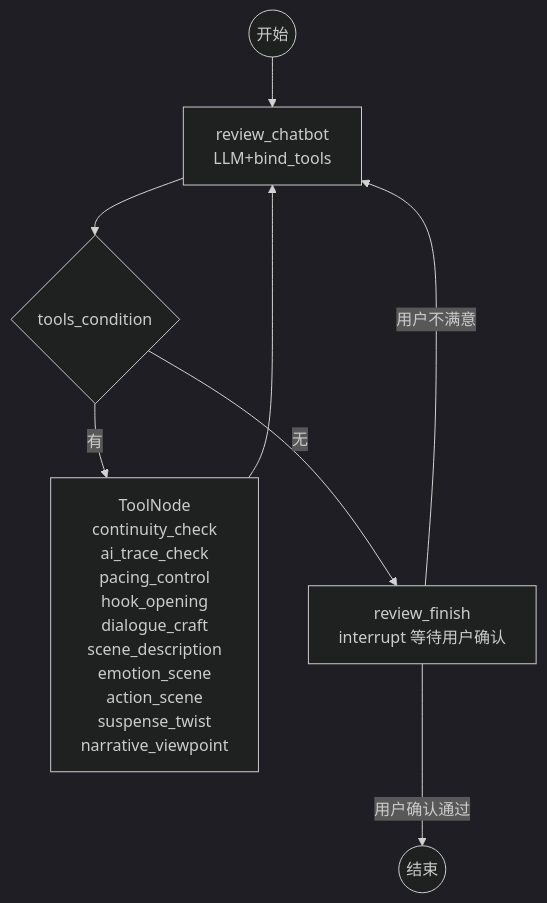
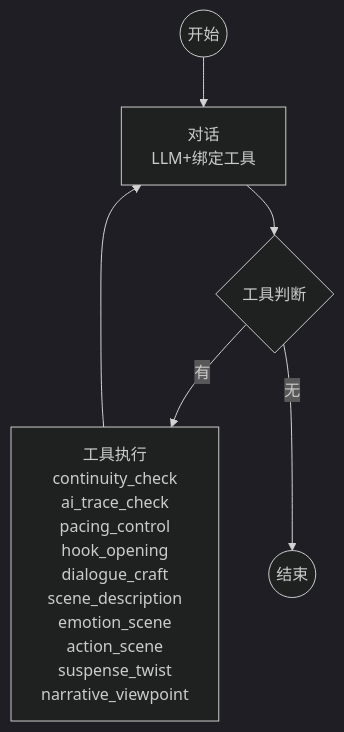
The diagram in langgraph-writer/docs/subgraph_审稿.mmd (30998772/novelist), drawn with Mermaid (dark theme) before and after one commit. The commit also changed 20 other files, not shown here.

Commit message:
主子图设计

```diff
--- a/langgraph-writer/docs/subgraph_审稿.mmd
+++ b/langgraph-writer/docs/subgraph_审稿.mmd
@@ -1,8 +1,6 @@
 graph TB
-    START((开始)) --> CHATBOT["review_chatbot<br/>LLM+bind_tools"]
-    CHATBOT --> TC{"tools_condition"}
-    TC -- "有" --> TOOLS["ToolNode<br/>continuity_check<br/>ai_trace_check<br/>pacing_control<br/>hook_opening<br/>dialogue_craft<br/>scene_description<br/>emotion_scene<br/>action_scene<br/>suspense_twist<br/>narrative_viewpoint"]
-    TC -- "无" --> FINISH["review_finish<br/>interrupt 等待用户确认"]
-    TOOLS --> CHATBOT
-    FINISH -- "用户确认通过" --> END((结束))
-    FINISH -- "用户不满意" --> CHATBOT
+    开始((开始)) --> 对话["对话<br/>LLM+绑定工具"]
+    对话 --> 工具判断{"工具判断"}
+    工具判断 -- "有" --> 工具["工具执行<br/>continuity_check<br/>ai_trace_check<br/>pacing_control<br/>hook_opening<br/>dialogue_craft<br/>scene_description<br/>emotion_scene<br/>action_scene<br/>suspense_twist<br/>narrative_viewpoint"]
+    工具判断 -- "无" --> 结束((结束))
+    工具 --> 对话
```
